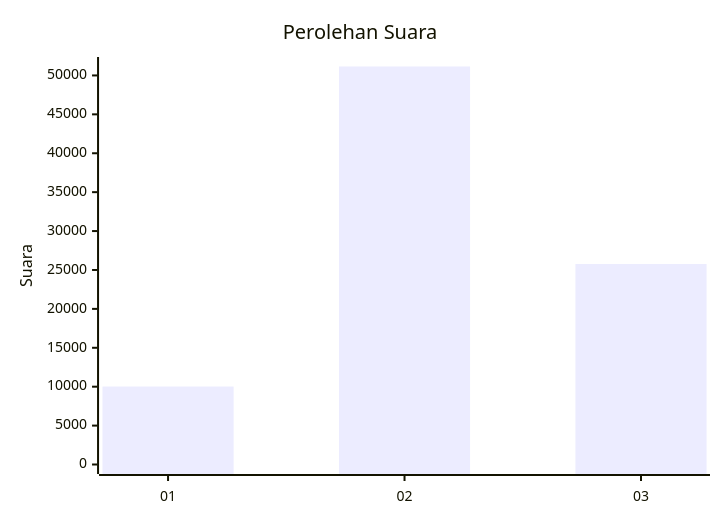
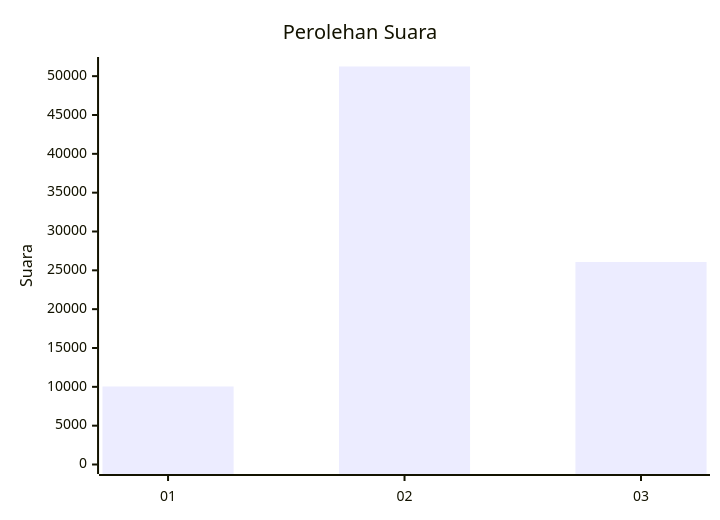
The first of 2 diagrams in pilpres/hitung-suara/sub/table-wilayah-92.md (gigit-pemilu/pemilu-2024), drawn with Mermaid before and after one commit. The commit also changed other lines of this file and 6 other files, not shown here.

````diff
--- a/pilpres/hitung-suara/sub/table-wilayah-92.md
+++ b/pilpres/hitung-suara/sub/table-wilayah-92.md
@@ -7,7 +7,7 @@
 ```mermaid
 xychart-beta
     title "Perolehan Suara"
     x-axis [01, 02, 03]
-    y-axis "Suara" 0 --> 51149
-    bar [10020, 51149, 25769]
+    y-axis "Suara" 0 --> 51244
+    bar [10044, 51244, 26075]
 ```
````
